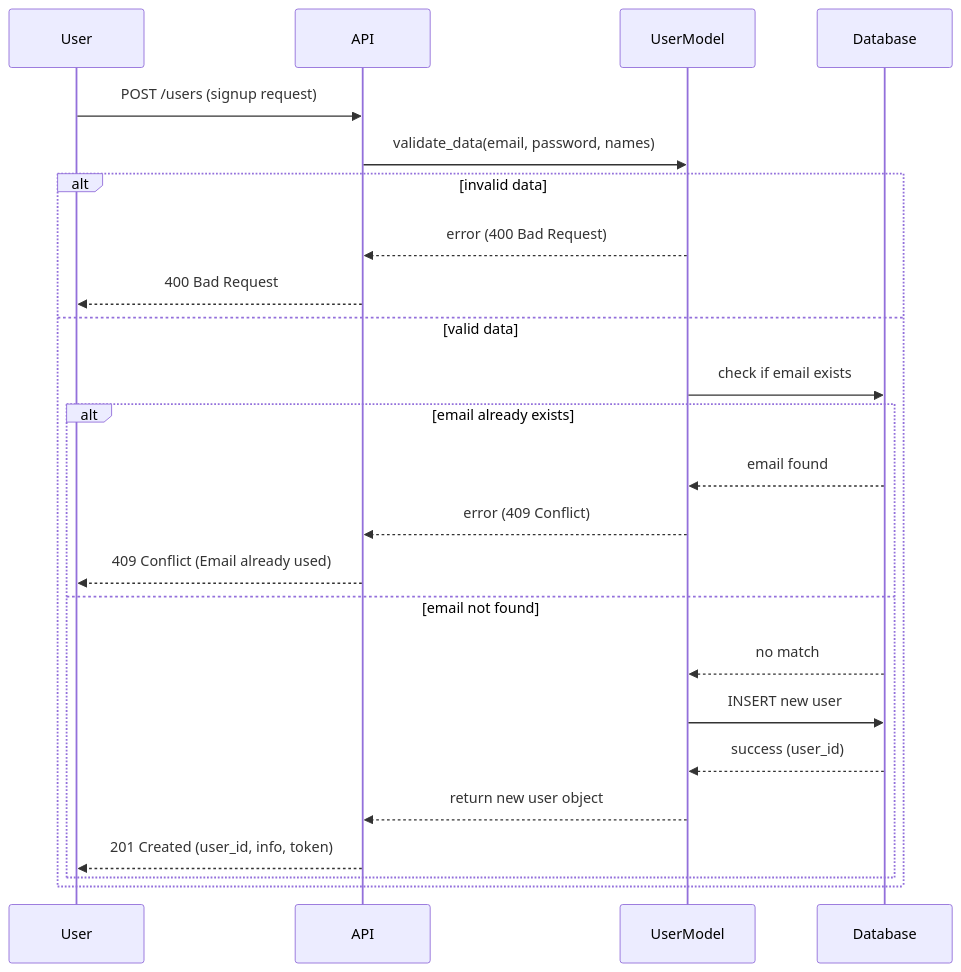
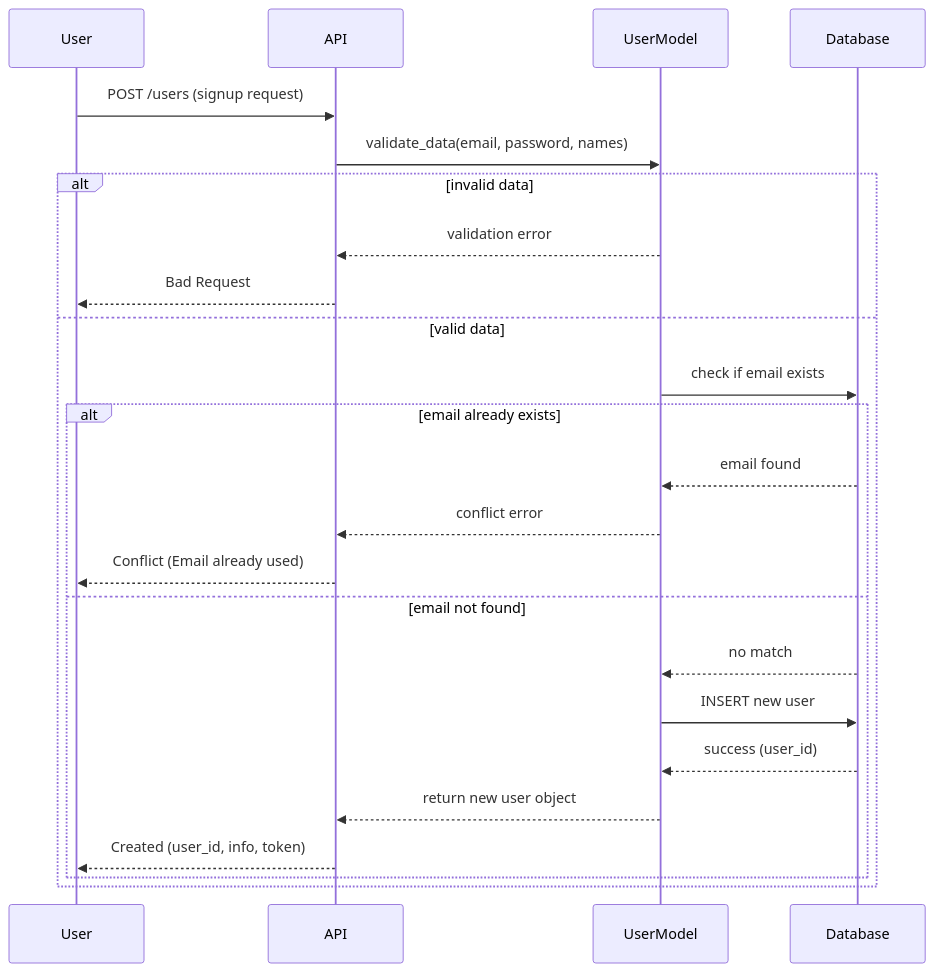
One commit to Krapaud/holbertonschool-hbnb changed the diagram in part1/sequence_api_call_user.mmd. Above: the diagram before and after it, drawn with Mermaid. The commit also changed 42 other files, not shown here.

```diff
--- a/part1/sequence_api_call_user.mmd
+++ b/part1/sequence_api_call_user.mmd
@@ -1,25 +1,25 @@
 sequenceDiagram
   participant Client as User
   participant API as API
   participant UserModel as UserModel
   participant Database as Database
 
   Client ->> API: POST /users (signup request)
   API ->> UserModel: validate_data(email, password, names)
   alt invalid data
-    UserModel -->> API: error (400 Bad Request)
-    API -->> Client: 400 Bad Request
+    UserModel -->> API: validation error
+    API -->> Client: Bad Request
   else valid data
     UserModel ->> Database: check if email exists
     alt email already exists
       Database -->> UserModel: email found
-      UserModel -->> API: error (409 Conflict)
-      API -->> Client: 409 Conflict (Email already used)
+      UserModel -->> API: conflict error
+      API -->> Client: Conflict (Email already used)
     else email not found
       Database -->> UserModel: no match
       UserModel ->> Database: INSERT new user
       Database -->> UserModel: success (user_id)
       UserModel -->> API: return new user object
-      API -->> Client: 201 Created (user_id, info, token)
+      API -->> Client: Created (user_id, info, token)
     end
   end
```
